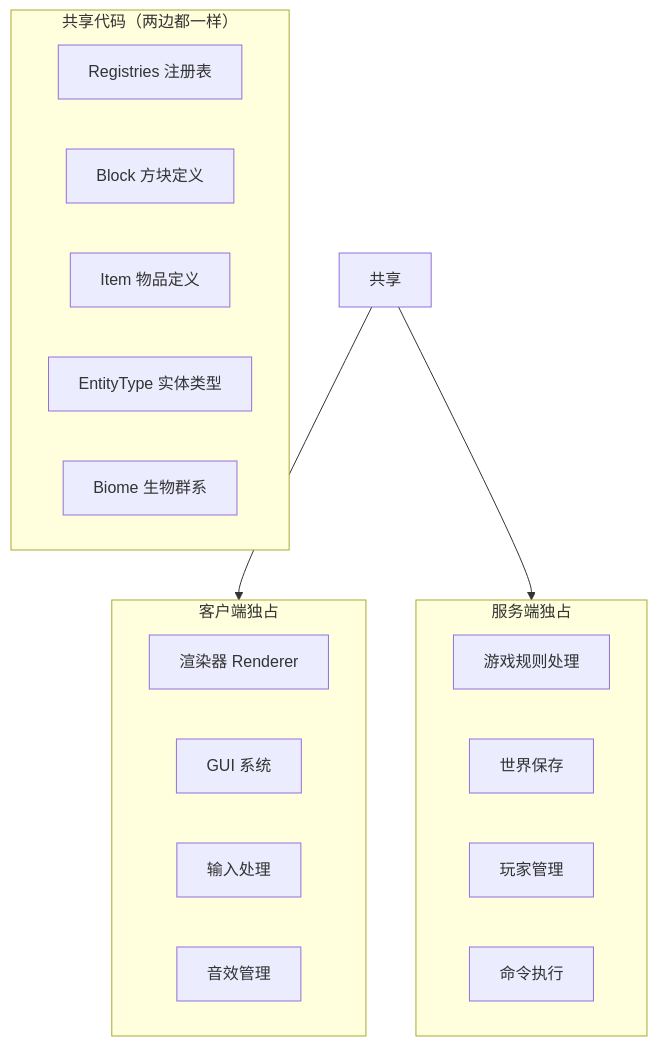
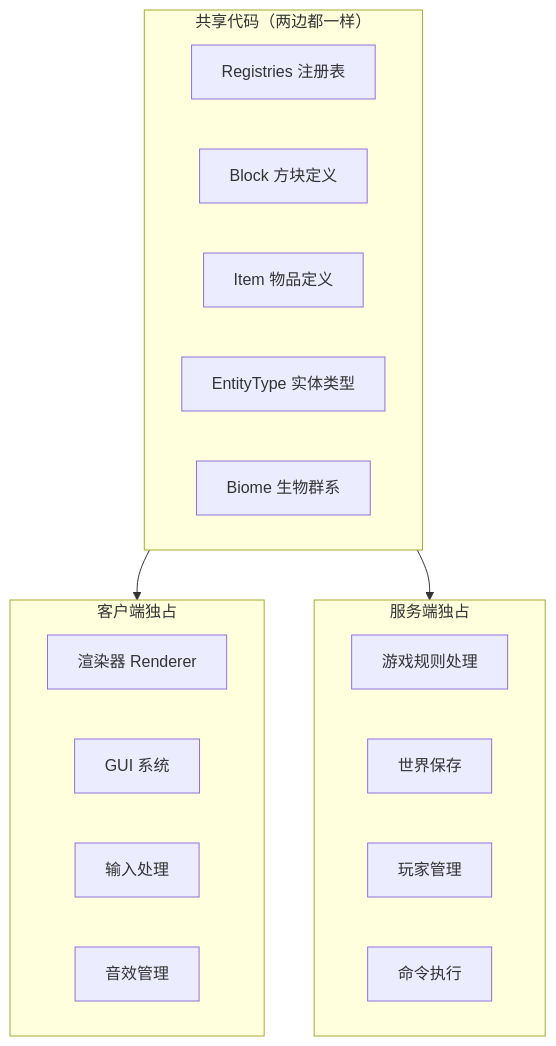
Before and after one commit to BaiGave/Minecraft-Learning: the seventh of 8 diagrams in content/mc/1.21/tutorials/Part-1-Foundation/05-client-server-arch.md, drawn with Mermaid. The commit also changed other lines of this file and 304 other files, not shown here.

````diff
--- a/content/mc/1.21/tutorials/Part-1-Foundation/05-client-server-arch.md
+++ b/content/mc/1.21/tutorials/Part-1-Foundation/05-client-server-arch.md
@@ -360,27 +360,27 @@
 ```mermaid
 flowchart TB
     subgraph 共享代码["共享代码（两边都一样）"]
         S1["Registries 注册表"]
         S2["Block 方块定义"]
         S3["Item 物品定义"]
         S4["EntityType 实体类型"]
         S5["Biome 生物群系"]
     end
     
     subgraph 客户端独占["客户端独占"]
         C1["渲染器 Renderer"]
         C2["GUI 系统"]
         C3["输入处理"]
         C4["音效管理"]
     end
     
     subgraph 服务端独占["服务端独占"]
         T1["游戏规则处理"]
         T2["世界保存"]
         T3["玩家管理"]
         T4["命令执行"]
     end
     
-    共享 --> 客户端独占
-    共享 --> 服务端独占
+    共享代码 --> 客户端独占
+    共享代码 --> 服务端独占
 ```
````
